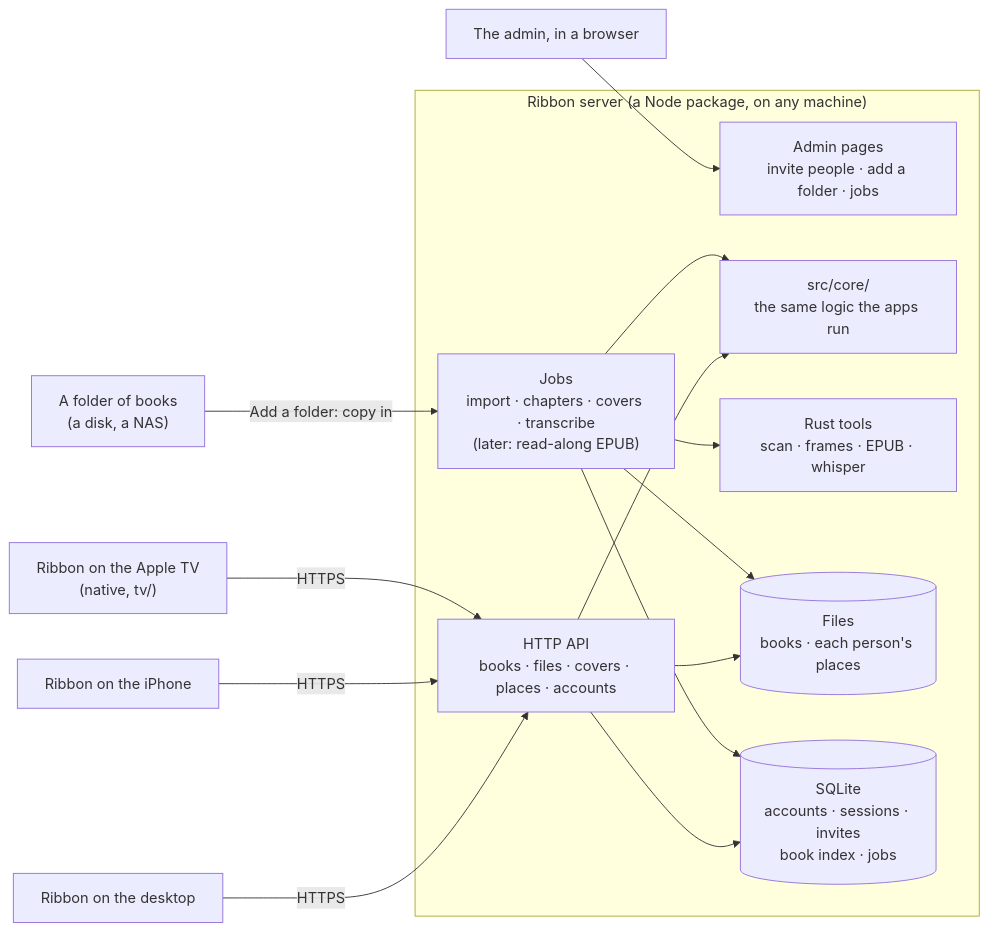
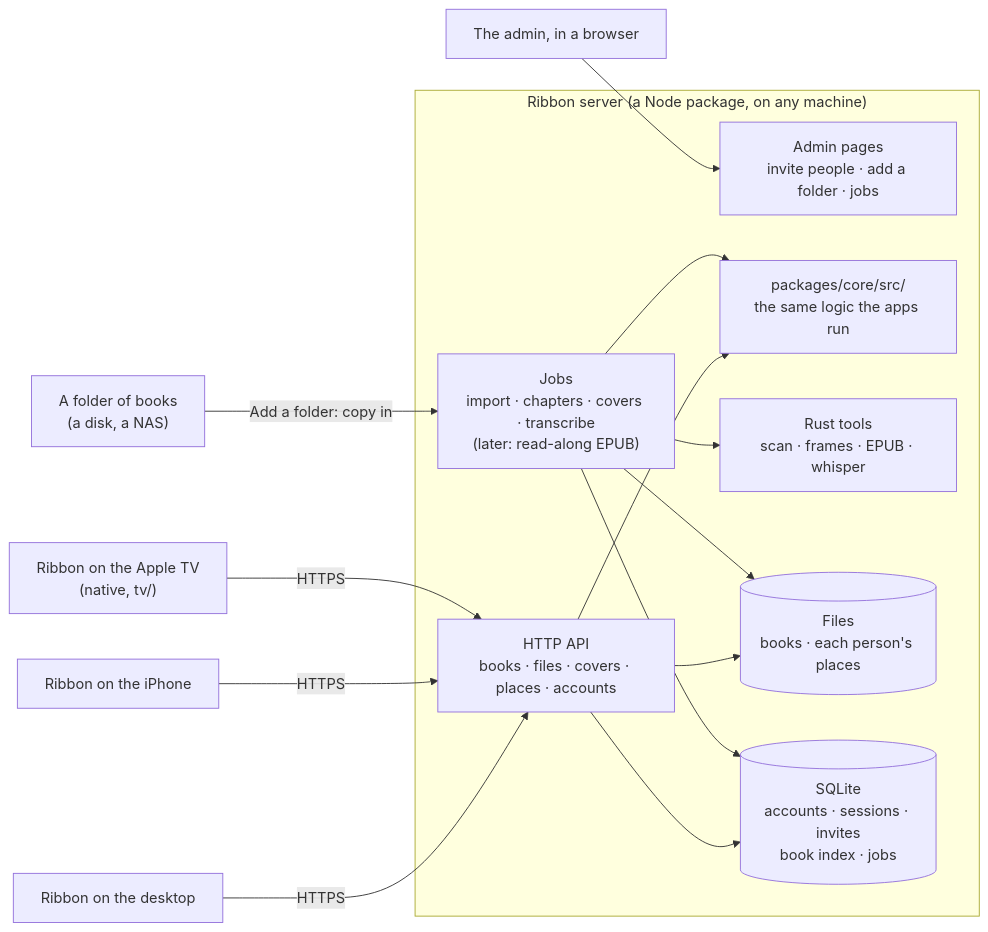
The diagram in docs/SERVER.md (KhalidAdan/ribbon), drawn with Mermaid before and after one commit. The commit also changed other lines of this file and 252 other files, not shown here.

````diff
--- a/docs/SERVER.md
+++ b/docs/SERVER.md
@@ -58,19 +58,19 @@
 ```mermaid
 flowchart LR
   subgraph Server["Ribbon server (a Node package, on any machine)"]
     API["HTTP API<br/>books · files · covers · places · accounts"]
     Admin["Admin pages<br/>invite people · add a folder · jobs"]
     Jobs["Jobs<br/>import · chapters · covers · transcribe<br/>(later: read-along EPUB)"]
-    Core["src/core/<br/>the same logic the apps run"]
+    Core["packages/core/src/<br/>the same logic the apps run"]
     Tools["Rust tools<br/>scan · frames · EPUB · whisper"]
     Files[("Files<br/>books · each person's places")]
     DB[("SQLite<br/>accounts · sessions · invites<br/>book index · jobs")]
   end
   Desktop["Ribbon on the desktop"] -- HTTPS --> API
   Phone["Ribbon on the iPhone"] -- HTTPS --> API
   TV["Ribbon on the Apple TV<br/>(native, tv/)"] -- HTTPS --> API
   Browser["The admin, in a browser"] --> Admin
   API --> Core & Files & DB
   Jobs --> Core & Tools & Files & DB
   Folder["A folder of books<br/>(a disk, a NAS)"] -- "Add a folder: copy in" --> Jobs
 ```
````
